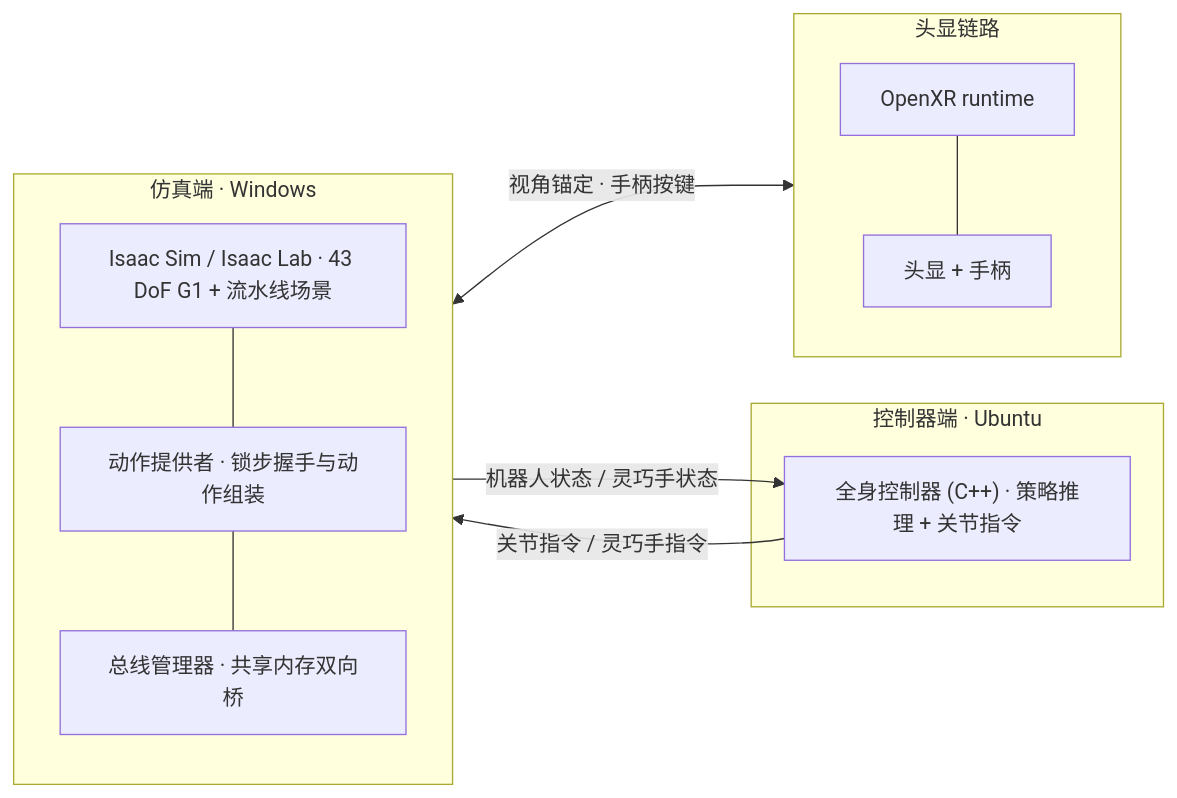
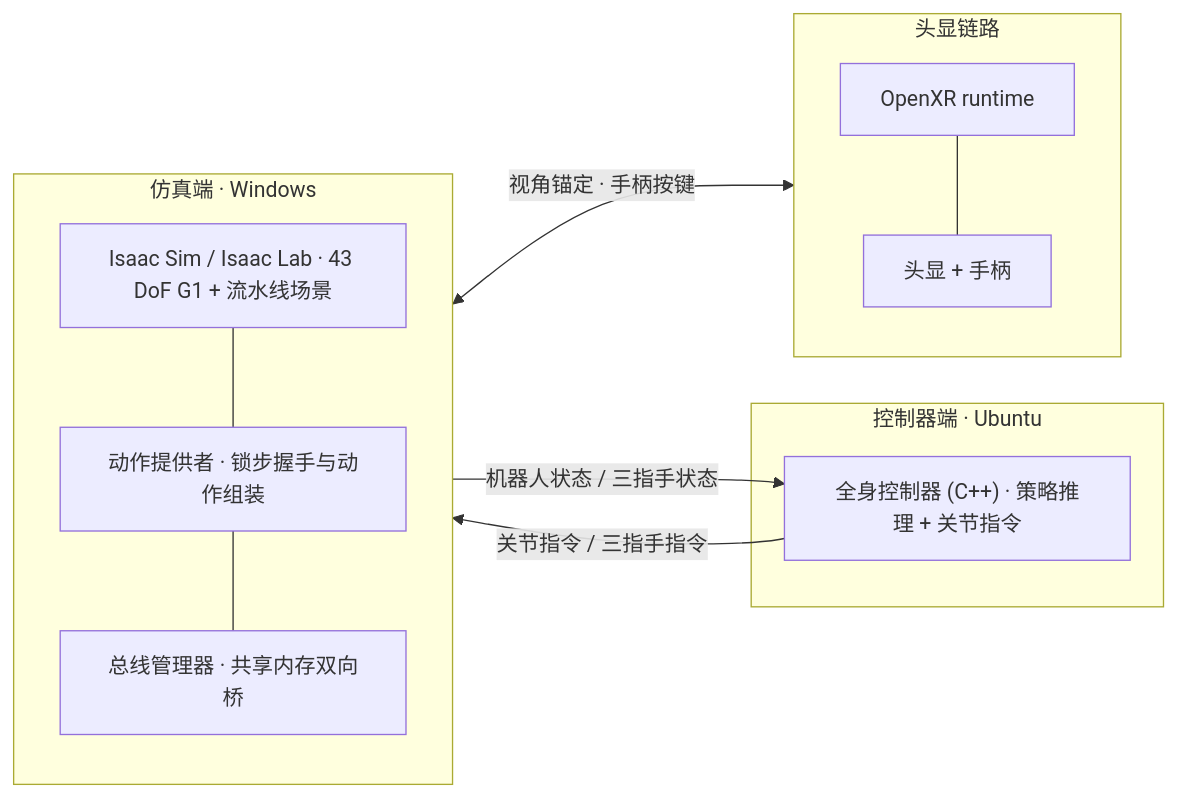
The first of 6 diagrams in doc/ar_conveyor_runtime_zh.md (xiaoyang00001/unitree_sim_isaaclab), drawn with Mermaid before and after one commit. The commit also changed other lines of this file, not shown here.

````diff
--- a/doc/ar_conveyor_runtime_zh.md
+++ b/doc/ar_conveyor_runtime_zh.md
@@ -19,26 +19,26 @@
 ```mermaid
 flowchart LR
   subgraph SIM["仿真端 · Windows"]
     direction TB
     KIT["Isaac Sim / Isaac Lab · 43 DoF G1 + 流水线场景"]
     PROV["动作提供者 · 锁步握手与动作组装"]
     BRIDGE["总线管理器 · 共享内存双向桥"]
   end
 
   subgraph CTRL["控制器端 · Ubuntu"]
     DEPLOY["全身控制器 (C++) · 策略推理 + 关节指令"]
   end
 
   subgraph XRLINK["头显链路"]
     direction TB
     RT["OpenXR runtime"]
     HMD["头显 + 手柄"]
   end
 
   KIT --- PROV
   PROV --- BRIDGE
-  BRIDGE -- "机器人状态 / 灵巧手状态" --> DEPLOY
-  DEPLOY -- "关节指令 / 灵巧手指令" --> BRIDGE
+  BRIDGE -- "机器人状态 / 三指手状态" --> DEPLOY
+  DEPLOY -- "关节指令 / 三指手指令" --> BRIDGE
   KIT <-- "视角锚定 · 手柄按键" --> RT
   RT --- HMD
 ```
````
